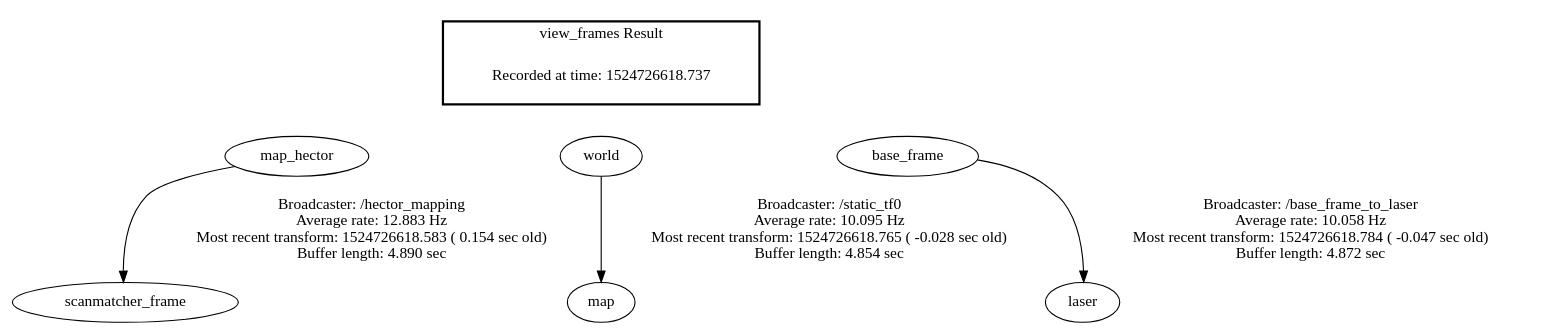
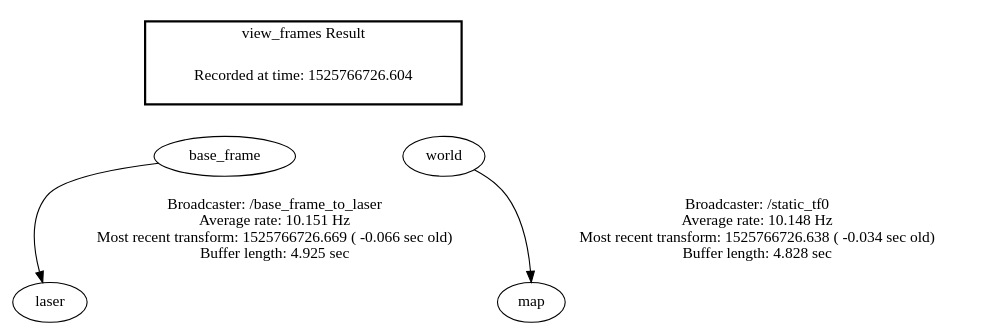
One commit to anlam915/rc_car changed the diagram in frames.gv. Above: the diagram before and after it, drawn with Graphviz. The commit also changed 25 other files, not shown here.

```diff
--- a/frames.gv
+++ b/frames.gv
@@ -1,17 +1,12 @@
 digraph G {
-"map_hector" -> "scanmatcher_frame"[label="Broadcaster: /hector_mapping\nAverage rate: 12.883 Hz\nMost recent transform: 1524726618.583 ( 0.154 sec old)\nBuffer length: 4.890 sec\n"];
-"world" -> "map"[label="Broadcaster: /static_tf0\nAverage rate: 10.095 Hz\nMost recent transform: 1524726618.765 ( -0.028 sec old)\nBuffer length: 4.854 sec\n"];
-"base_frame" -> "laser"[label="Broadcaster: /base_frame_to_laser\nAverage rate: 10.058 Hz\nMost recent transform: 1524726618.784 ( -0.047 sec old)\nBuffer length: 4.872 sec\n"];
+"base_frame" -> "laser"[label="Broadcaster: /base_frame_to_laser\nAverage rate: 10.151 Hz\nMost recent transform: 1525766726.669 ( -0.066 sec old)\nBuffer length: 4.925 sec\n"];
+"world" -> "map"[label="Broadcaster: /static_tf0\nAverage rate: 10.148 Hz\nMost recent transform: 1525766726.638 ( -0.034 sec old)\nBuffer length: 4.828 sec\n"];
 edge [style=invis];
  subgraph cluster_legend { style=bold; color=black; label ="view_frames Result";
-"Recorded at time: 1524726618.737"[ shape=plaintext ] ;
- }->"map_hector";
+"Recorded at time: 1525766726.604"[ shape=plaintext ] ;
+ }->"base_frame";
 edge [style=invis];
  subgraph cluster_legend { style=bold; color=black; label ="view_frames Result";
-"Recorded at time: 1524726618.737"[ shape=plaintext ] ;
+"Recorded at time: 1525766726.604"[ shape=plaintext ] ;
  }->"world";
-edge [style=invis];
- subgraph cluster_legend { style=bold; color=black; label ="view_frames Result";
-"Recorded at time: 1524726618.737"[ shape=plaintext ] ;
- }->"base_frame";
 }
```
